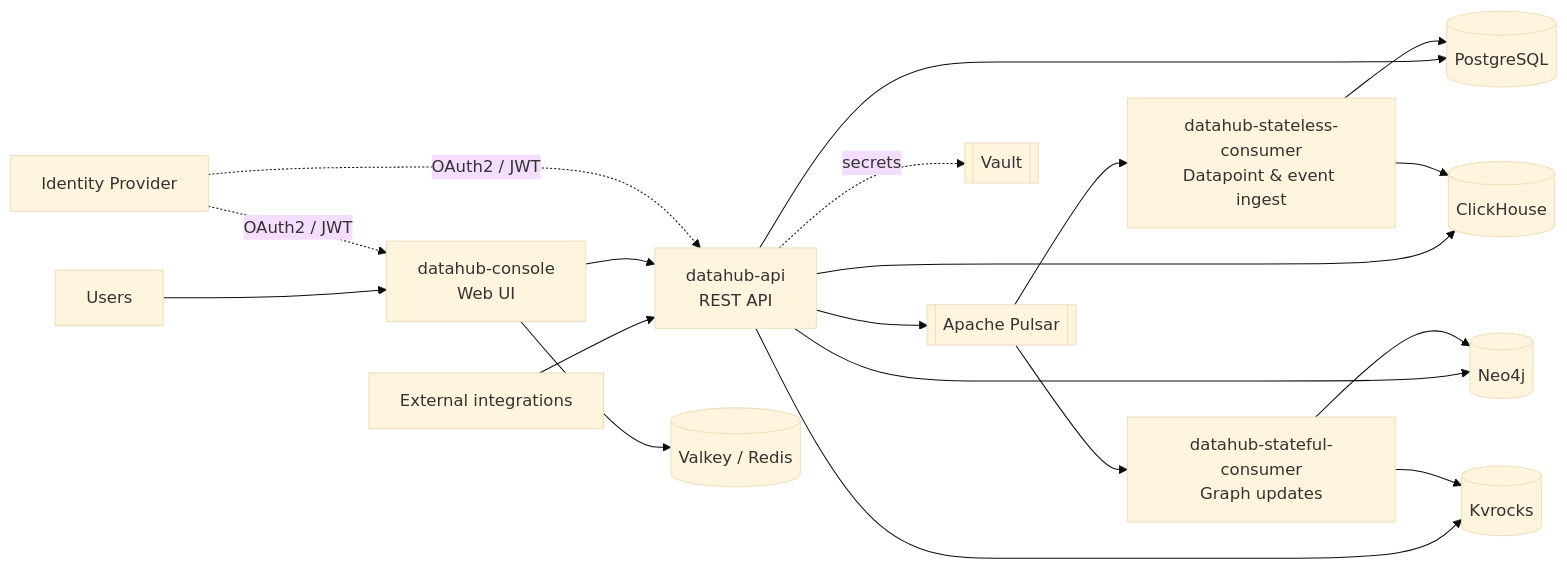
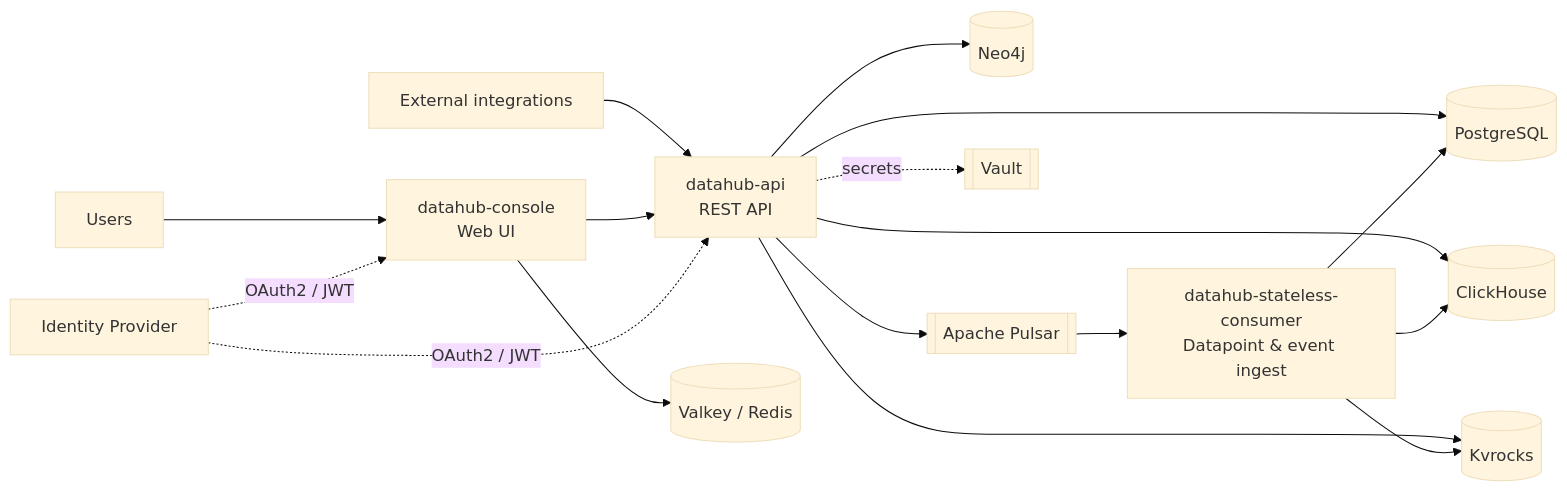
Before and after one commit to IntelliStream-DataHub/datahub-platform: the third of 3 diagrams in README.md, drawn with Mermaid (base theme). The commit also changed other lines of this file and 50 other files, not shown here.

First line of the commit message:
chore: remove datahub-stateful-consumer

````diff
--- a/README.md
+++ b/README.md
@@ -183,38 +182,35 @@
 ```mermaid
 graph LR
     User["Users"]
     Ext["External integrations"]
     IdP["Identity Provider"]
 
     Console["datahub-console<br/>Web UI"]
     API["datahub-api<br/>REST API"]
     ConsumerSL["datahub-stateless-consumer<br/>Datapoint &amp; event ingest"]
-    ConsumerSF["datahub-stateful-consumer<br/>Graph updates"]
 
     Valkey[("Valkey / Redis")]
     PG[("PostgreSQL")]
     Neo[("Neo4j")]
     CH[("ClickHouse")]
     KV[("Kvrocks")]
     Pulsar[["Apache Pulsar"]]
     Vault[["Vault"]]
 
     User --> Console
     Ext --> API
     Console --> API
     Console --> Valkey
     API --> PG
     API --> Neo
     API --> CH
     API --> KV
     API --> Pulsar
     API -. secrets .-> Vault
     Pulsar --> ConsumerSL
-    Pulsar --> ConsumerSF
     ConsumerSL --> CH
     ConsumerSL --> PG
-    ConsumerSF --> Neo
-    ConsumerSF --> KV
+    ConsumerSL --> KV
     IdP -. OAuth2 / JWT .-> Console
     IdP -. OAuth2 / JWT .-> API
 ```
````
